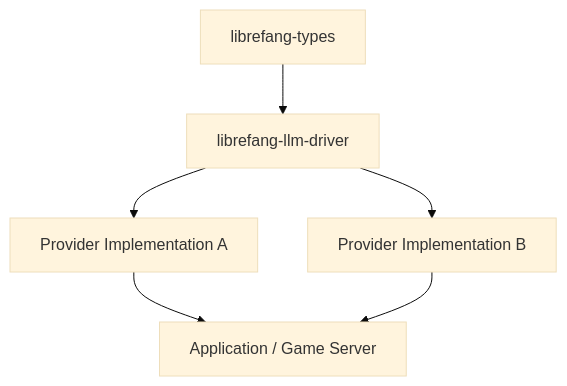
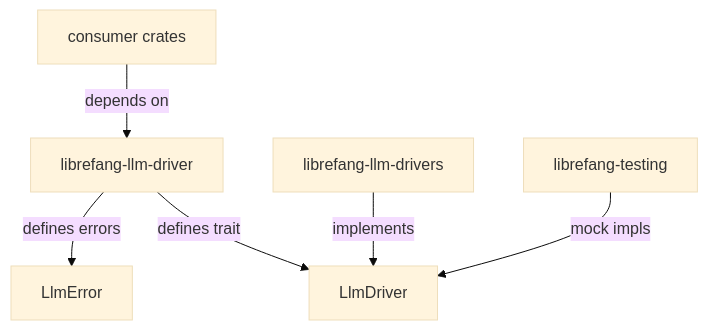
The diagram in other-librefang-llm-driver.md (leszek3737/librefang-WIki), drawn with Mermaid (base theme) before and after one commit. The commit also changed other lines of this file and 100 other files, not shown here.

````diff
--- a/other-librefang-llm-driver.md
+++ b/other-librefang-llm-driver.md
@@ -25,8 +11,8 @@
 ```mermaid
 graph TD
-    A[librefang-types] --> B[librefang-llm-driver]
-    B --> C[Provider Implementation A]
-    B --> D[Provider Implementation B]
-    C --> E[Application / Game Server]
-    D --> E
+    A[librefang-llm-driver] -->|defines trait| B[LlmDriver]
+    A -->|defines errors| C[LlmError]
+    D[librefang-llm-drivers] -->|implements| B
+    E[librefang-testing] -->|mock impls| B
+    F[consumer crates] -->|depends on| A
 ```
````
